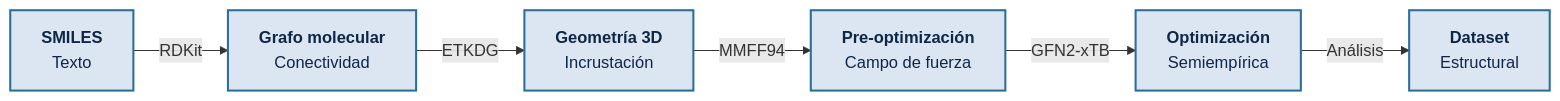
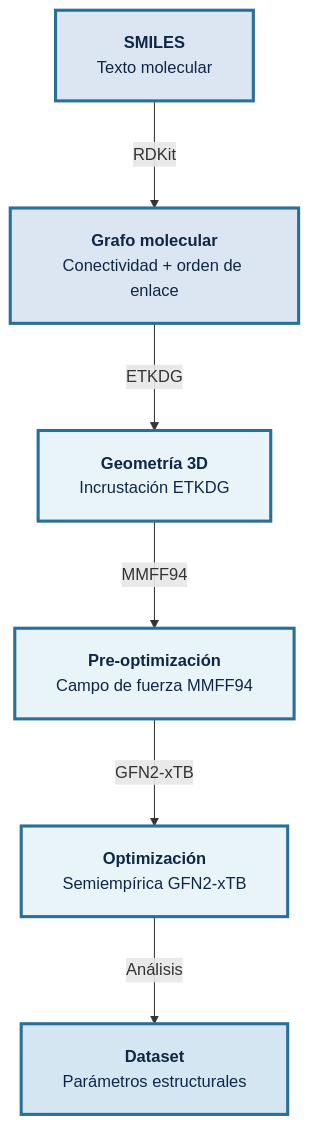
Before and after one commit to Eduardo-Gabriel-Guzman-Lopez/computational-chemistry-book: the diagram in diagrams/diagram_P01.mmd, drawn with Mermaid. The commit also changed 5 other files, not shown here.

Commit message:
Feature: Agregar notebook interactivo P01, diagrama Mermaid vertical, soporte de ejecución

```diff
--- a/diagrams/diagram_P01.mmd
+++ b/diagrams/diagram_P01.mmd
@@ -1,13 +1,21 @@
-graph LR
-    A["<b>SMILES</b><br/>Texto"] -->|RDKit| B["<b>Grafo molecular</b><br/>Conectividad"]
-    B -->|ETKDG| C["<b>Geometría 3D</b><br/>Incrustación"]
-    C -->|MMFF94| D["<b>Pre-optimización</b><br/>Campo de fuerza"]
-    D -->|GFN2-xTB| E["<b>Optimización</b><br/>Semiempírica"]
-    E -->|Análisis| F["<b>Dataset</b><br/>Estructural"]
+%%{init: {'flowchart': {'curve': 'linear', 'nodeSpacing': 50, 'rankSpacing': 80, 'padding': 20}}}%%
+graph TD
+    A["<b>SMILES</b><br/>Texto molecular"]
+    B["<b>Grafo molecular</b><br/>Conectividad + orden de enlace"]
+    C["<b>Geometría 3D</b><br/>Incrustación ETKDG"]
+    D["<b>Pre-optimización</b><br/>Campo de fuerza MMFF94"]
+    E["<b>Optimización</b><br/>Semiempírica GFN2-xTB"]
+    F["<b>Dataset</b><br/>Parámetros estructurales"]
     
-    style A fill:#DCE6F2,stroke:#2A6F97,stroke-width:2px,color:#0F2747
-    style B fill:#DCE6F2,stroke:#2A6F97,stroke-width:2px,color:#0F2747
-    style C fill:#DCE6F2,stroke:#2A6F97,stroke-width:2px,color:#0F2747
-    style D fill:#DCE6F2,stroke:#2A6F97,stroke-width:2px,color:#0F2747
-    style E fill:#DCE6F2,stroke:#2A6F97,stroke-width:2px,color:#0F2747
-    style F fill:#DCE6F2,stroke:#2A6F97,stroke-width:2px,color:#0F2747
+    A -->|RDKit| B
+    B -->|ETKDG| C
+    C -->|MMFF94| D
+    D -->|GFN2-xTB| E
+    E -->|Análisis| F
+    
+    style A fill:#DCE6F2,stroke:#2A6F97,stroke-width:3px,color:#0F2747
+    style B fill:#DCE6F2,stroke:#2A6F97,stroke-width:3px,color:#0F2747
+    style C fill:#E8F4F8,stroke:#2A6F97,stroke-width:3px,color:#0F2747
+    style D fill:#E8F4F8,stroke:#2A6F97,stroke-width:3px,color:#0F2747
+    style E fill:#E8F4F8,stroke:#2A6F97,stroke-width:3px,color:#0F2747
+    style F fill:#D4E6F1,stroke:#2A6F97,stroke-width:3px,color:#0F2747
```
